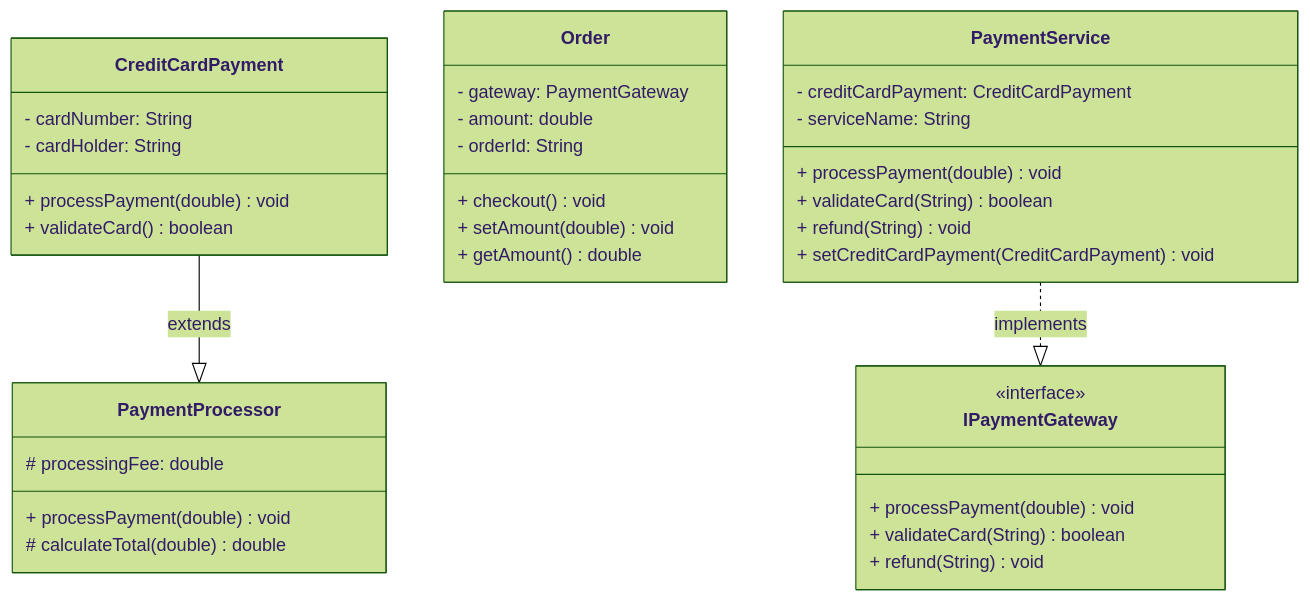
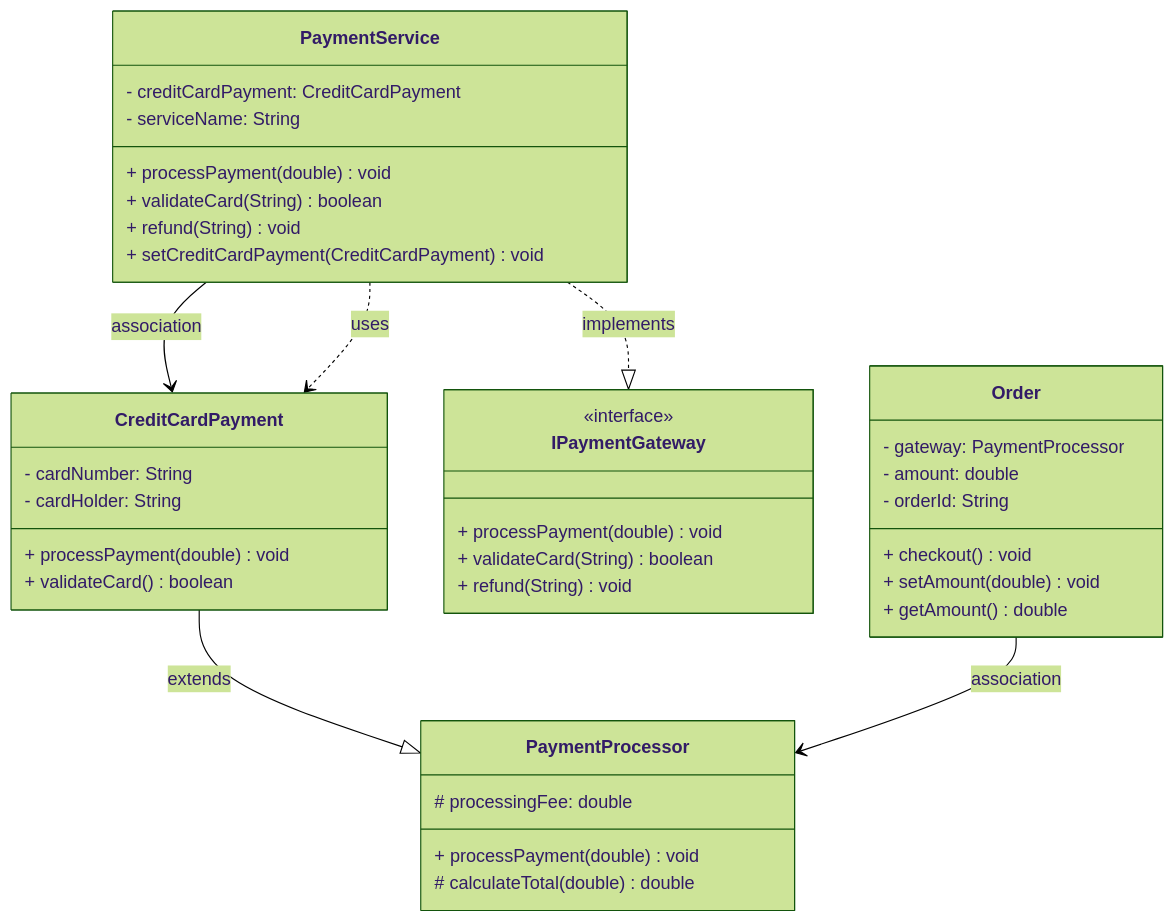
The diagram in uml/class-diagram.mmd (deepakydv25/java-uml-generator), drawn with Mermaid (forest theme) before and after one commit. The commit also changed 8 other files, not shown here.

```diff
--- a/uml/class-diagram.mmd
+++ b/uml/class-diagram.mmd
@@ -1,36 +1,39 @@
 classDiagram
     class CreditCardPayment {
         - cardNumber: String
         - cardHolder: String
         + processPayment(double) void
         + validateCard() boolean
     }
     class IPaymentGateway {
         <<interface>>
         + processPayment(double) void
         + validateCard(String) boolean
         + refund(String) void
     }
     class Order {
-        - gateway: PaymentGateway
+        - gateway: PaymentProcessor
         - amount: double
         - orderId: String
         + checkout() void
         + setAmount(double) void
         + getAmount() double
     }
     class PaymentProcessor {
         # processingFee: double
         + processPayment(double) void
         # calculateTotal(double) double
     }
     class PaymentService {
         - creditCardPayment: CreditCardPayment
         - serviceName: String
         + processPayment(double) void
         + validateCard(String) boolean
         + refund(String) void
         + setCreditCardPayment(CreditCardPayment) void
     }
     CreditCardPayment --|> PaymentProcessor : extends
+    Order --> PaymentProcessor : association
     PaymentService ..|> IPaymentGateway : implements
+    PaymentService --> CreditCardPayment : association
+    PaymentService ..> CreditCardPayment : uses
```
